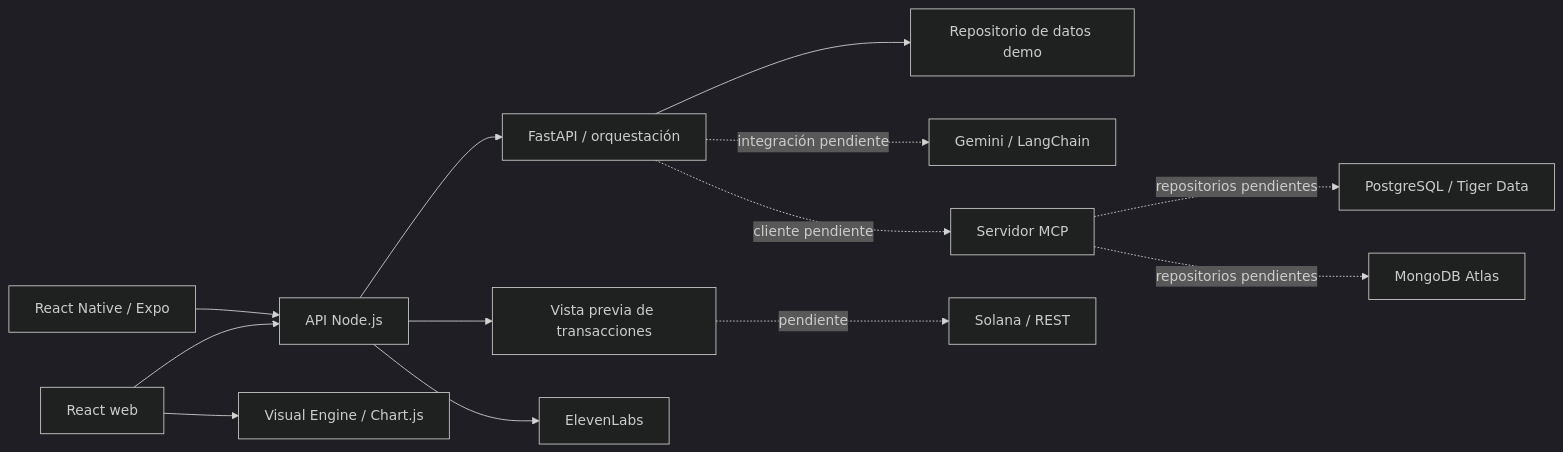
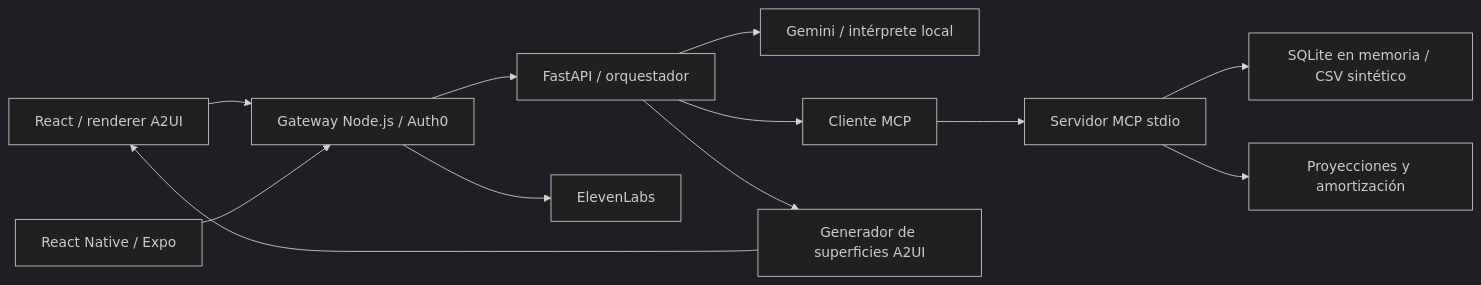
Before and after one commit to emilianovago99/BanorteHack: the diagram in docs/architecture.md, drawn with Mermaid (dark theme). The commit also changed other lines of this file and 39 other files, not shown here.

````diff
--- a/docs/architecture.md
+++ b/docs/architecture.md
@@ -5,15 +5,14 @@
 ```mermaid
 flowchart LR
-  Web[React web] --> API[API Node.js]
+  Web[React / renderer A2UI] --> API[Gateway Node.js / Auth0]
   Mobile[React Native / Expo] --> API
-  API --> AI[FastAPI / orquestación]
-  AI --> Demo[Repositorio de datos demo]
-  AI -. integración pendiente .-> Gemini[Gemini / LangChain]
-  AI -. cliente pendiente .-> MCP[Servidor MCP]
-  MCP -. repositorios pendientes .-> PG[PostgreSQL / Tiger Data]
-  MCP -. repositorios pendientes .-> Mongo[MongoDB Atlas]
-  API --> Preview[Vista previa de transacciones]
+  API --> AI[FastAPI / orquestador]
+  AI --> Planner[Gemini / intérprete local]
+  AI --> Client[Cliente MCP]
+  Client --> MCP[Servidor MCP stdio]
+  MCP --> Data[SQLite en memoria / CSV sintético]
+  MCP --> Sim[Proyecciones y amortización]
   API --> Voice[ElevenLabs]
-  Preview -. pendiente .-> Solana[Solana / REST]
-  Web --> Visual[Visual Engine / Chart.js]
+  AI --> Surface[Generador de superficies A2UI]
+  Surface --> Web
 ```
````
